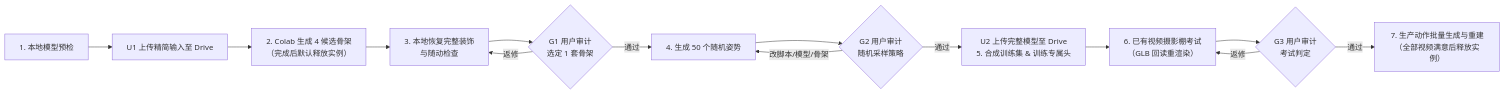
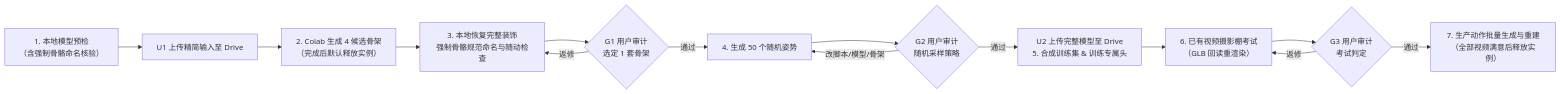
The diagram in packages/monster/skills/monster-workflow/references/workflow-and-audit.md (GrinZero/open-game-studio), drawn with Mermaid before and after one commit. The commit also changed other lines of this file and 46 other files, not shown here.

````diff
--- a/packages/monster/skills/monster-workflow/references/workflow-and-audit.md
+++ b/packages/monster/skills/monster-workflow/references/workflow-and-audit.md
@@ -11,16 +11,16 @@
 ```mermaid
 flowchart LR
-    A["1. 本地模型预检"] --> B["U1 上传精简输入至 Drive"]
+    A["1. 本地模型预检<br/>（含强制骨骼命名核验）"] --> B["U1 上传精简输入至 Drive"]
     B --> C["2. Colab 生成 4 候选骨架<br/>（完成后默认释放实例）"]
-    C --> D["3. 本地恢复完整装饰<br/>与随动检查"]
+    C --> D["3. 本地恢复完整装饰<br/>强制骨骼规范命名与随动检查"]
     D --> E{"G1 用户审计<br/>选定 1 套骨架"}
     E -->|通过| F["4. 生成 50 个随机姿势"]
     E -->|返修| D
     F --> G{"G2 用户审计<br/>随机采样策略"}
     G -->|通过| H["U2 上传完整模型至 Drive<br/>5. 合成训练集 & 训练专属头"]
     G -->|改脚本/模型/骨架| F
     H --> I["6. 已有视频摄影棚考试<br/>（GLB 回读重渲染）"]
     I --> J{"G3 用户审计<br/>考试判定"}
     J -->|通过| K["7. 生产动作批量生成与重建<br/>（全部视频满意后释放实例）"]
     J -->|返修| I
 ```
````
